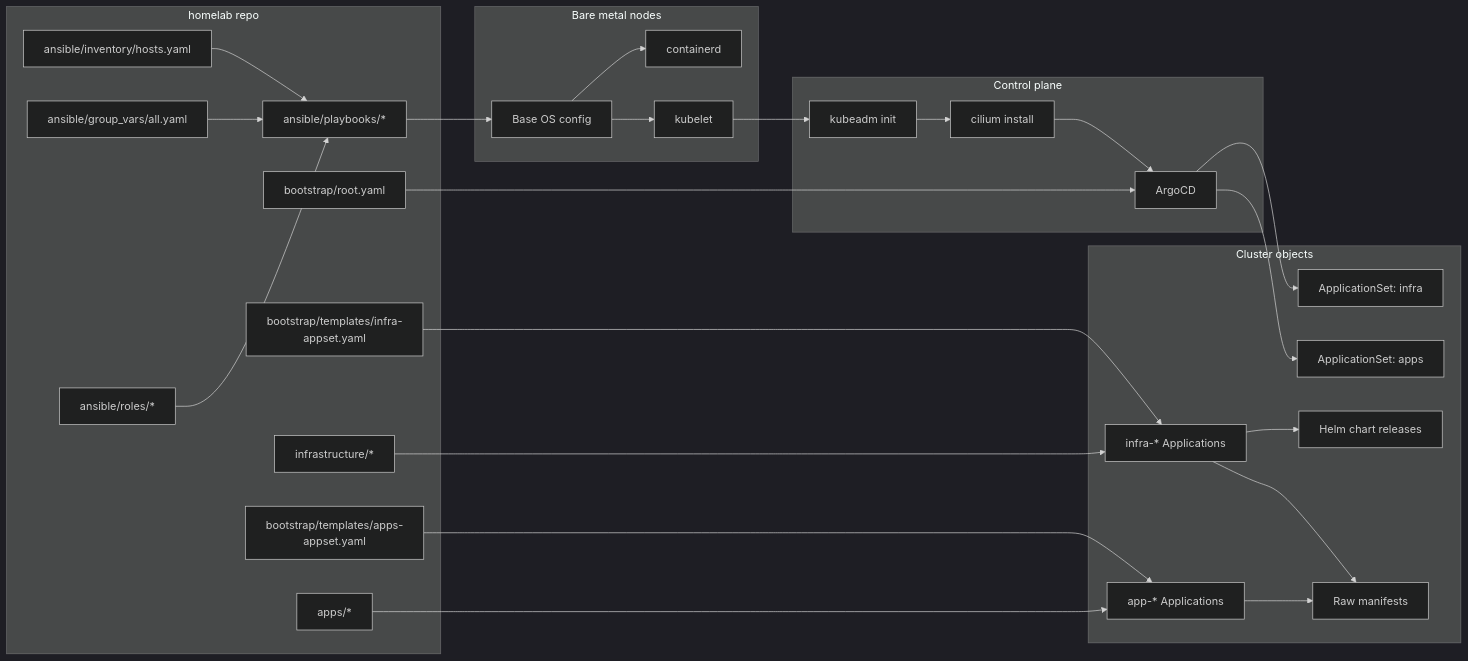
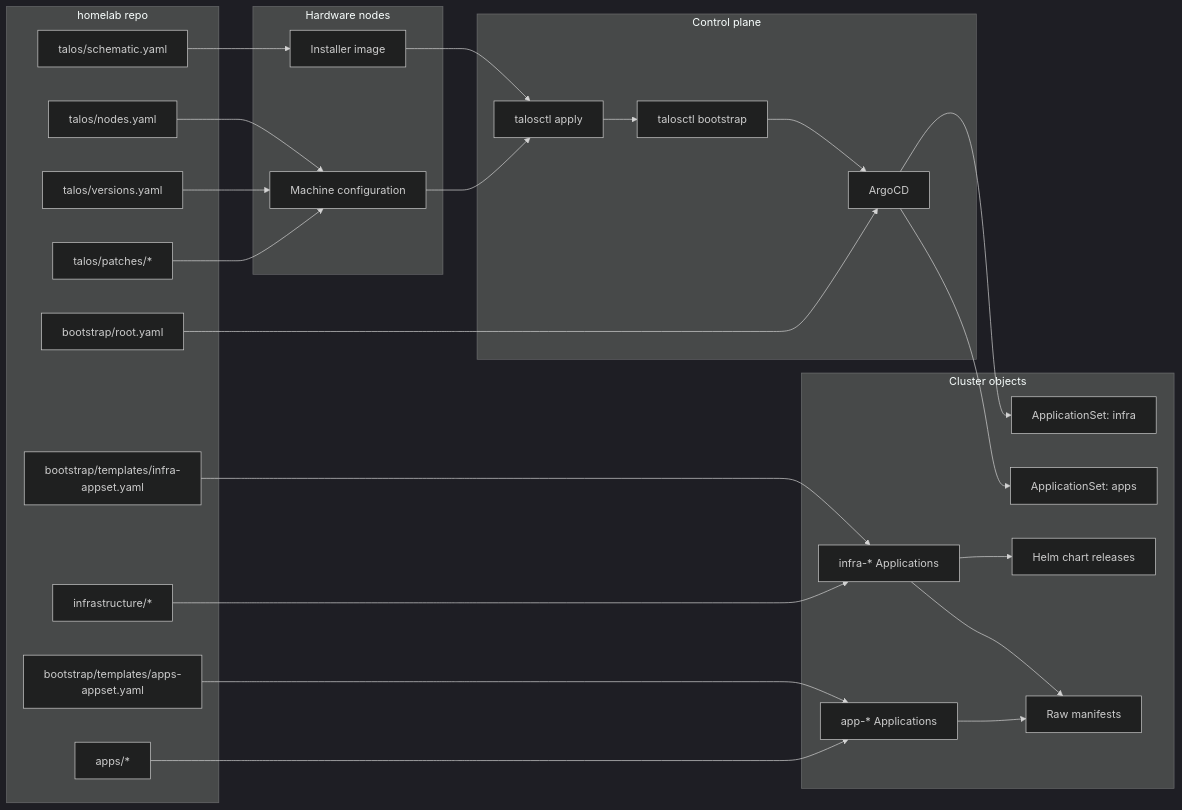
The second of 2 diagrams in docs/src/content/docs/explanation/automation-model.md (nsudhanva/homelab), drawn with Mermaid (dark theme) before and after one commit. The commit also changed other lines of this file and 80 other files, not shown here.

````diff
--- a/docs/src/content/docs/explanation/automation-model.md
+++ b/docs/src/content/docs/explanation/automation-model.md
@@ -56,55 +55,53 @@
 ```mermaid
 flowchart LR
   subgraph Repo["homelab repo"]
-    Inventory["ansible/inventory/hosts.yaml"]
-    Vars["ansible/group_vars/all.yaml"]
-    Playbooks["ansible/playbooks/*"]
-    Roles["ansible/roles/*"]
+    Nodes["talos/nodes.yaml"]
+    Versions["talos/versions.yaml"]
+    Schematic["talos/schematic.yaml"]
+    Patches["talos/patches/*"]
     Bootstrap["bootstrap/root.yaml"]
     AppSetInfra["bootstrap/templates/infra-appset.yaml"]
     AppSetApps["bootstrap/templates/apps-appset.yaml"]
     InfraDir["infrastructure/*"]
     AppsDir["apps/*"]
   end
 
-  subgraph Hosts["Bare metal nodes"]
-    Base["Base OS config"]
-    Containerd["containerd"]
-    Kubelet["kubelet"]
+  subgraph Hosts["Hardware nodes"]
+    Image["Installer image"]
+    MachineConfig["Machine configuration"]
   end
 
   subgraph ControlPlane["Control plane"]
-    KubeadmInit["kubeadm init"]
-    CiliumInstall["cilium install"]
+    TalosApply["talosctl apply"]
+    TalosBootstrap["talosctl bootstrap"]
     ArgoCD["ArgoCD"]
   end
 
   subgraph Cluster["Cluster objects"]
     AppSet1["ApplicationSet: infra"]
     AppSet2["ApplicationSet: apps"]
     InfraApps["infra-* Applications"]
     UserApps["app-* Applications"]
     HelmCharts["Helm chart releases"]
     RawManifests["Raw manifests"]
   end
 
-  Inventory --> Playbooks
-  Vars --> Playbooks
-  Roles --> Playbooks
-  Playbooks --> Base
-  Base --> Containerd
-  Base --> Kubelet
-  Kubelet --> KubeadmInit
-  KubeadmInit --> CiliumInstall
-  CiliumInstall --> ArgoCD
+  Nodes --> MachineConfig
+  Versions --> MachineConfig
+  Schematic --> Image
+  Patches --> MachineConfig
+  Image --> TalosApply
+  MachineConfig --> TalosApply
+  TalosApply --> TalosBootstrap
+  TalosBootstrap --> ArgoCD
   Bootstrap --> ArgoCD
   ArgoCD --> AppSet1
   ArgoCD --> AppSet2
   AppSetInfra --> InfraApps
   AppSetApps --> UserApps
   InfraDir --> InfraApps
   AppsDir --> UserApps
   InfraApps --> HelmCharts
   InfraApps --> RawManifests
   UserApps --> RawManifests
 ```
````
